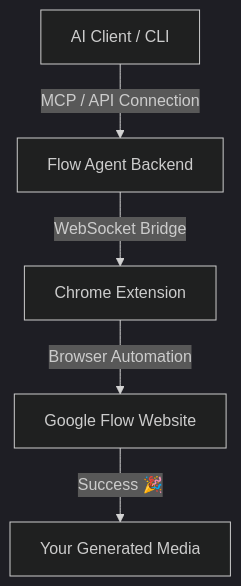
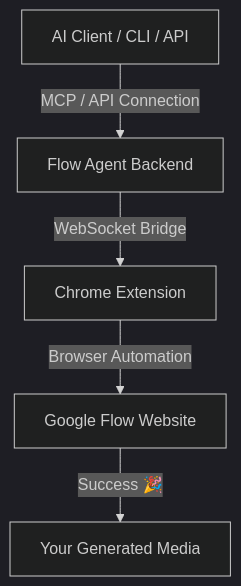
One commit to kodelyx/flow-agent changed the diagram in README.md. Above: the diagram before and after it, drawn with Mermaid (dark theme). The commit also changed other lines of this file, not shown here.

````diff
--- a/README.md
+++ b/README.md
@@ -32,7 +268,7 @@
 ```mermaid
 graph TD
-    A[AI Client / CLI] -- "MCP / API Connection" --> B[Flow Agent Backend]
+    A[AI Client / CLI / API] -- "MCP / API Connection" --> B[Flow Agent Backend]
     B -- "WebSocket Bridge" --> C[Chrome Extension]
     C -- "Browser Automation" --> D[Google Flow Website]
     D -- "Success 🎉" --> E[Your Generated Media]
 ```
````
